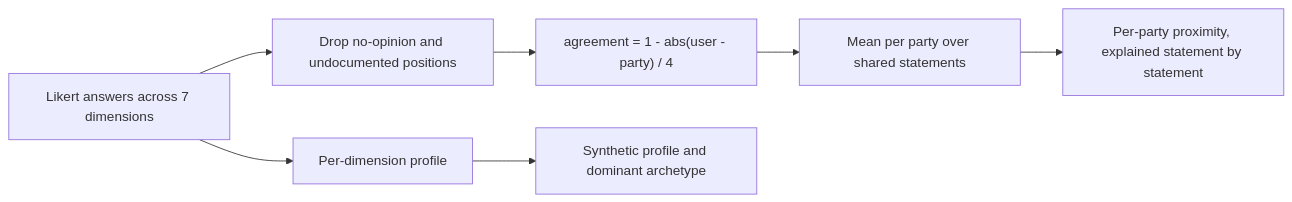
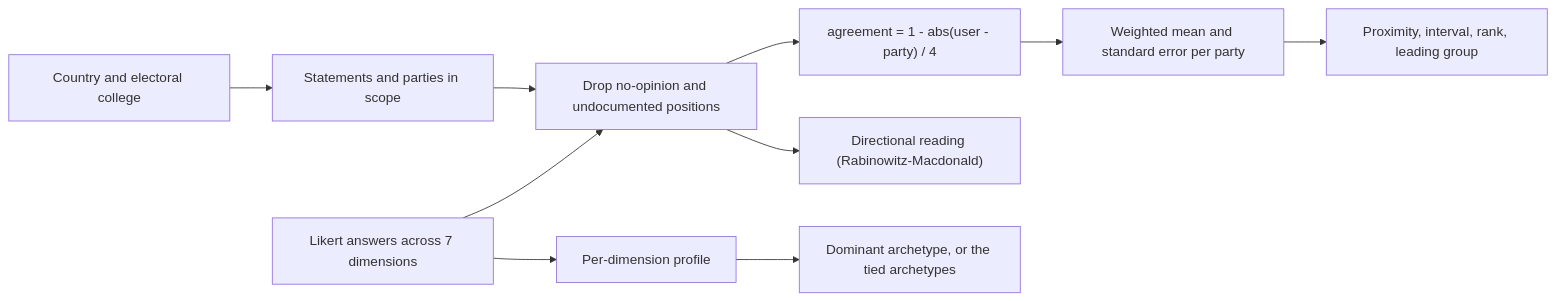
One commit to DeharengOlivier/crible-politique changed the second of 4 diagrams in README.md. Above: the diagram before and after it, drawn with Mermaid. The commit also changed other lines of this file and 2 other files, not shown here.

````diff
--- a/README.md
+++ b/README.md
@@ -100,9 +122,12 @@
 ```mermaid
 flowchart LR
+    Country["Country and electoral college"] --> Scope["Statements and parties in scope"]
+    Scope --> Filter
     Answers["Likert answers across 7 dimensions"] --> Filter["Drop no-opinion and undocumented positions"]
     Filter --> Agree["agreement = 1 - abs(user - party) / 4"]
-    Agree --> Mean["Mean per party over shared statements"]
-    Mean --> Proximity["Per-party proximity, explained statement by statement"]
+    Agree --> Mean["Weighted mean and standard error per party"]
+    Mean --> Proximity["Proximity, interval, rank, leading group"]
+    Filter --> Directional["Directional reading (Rabinowitz-Macdonald)"]
     Answers --> Compass["Per-dimension profile"]
-    Compass --> Archetype["Synthetic profile and dominant archetype"]
+    Compass --> Archetype["Dominant archetype, or the tied archetypes"]
 ```
````
